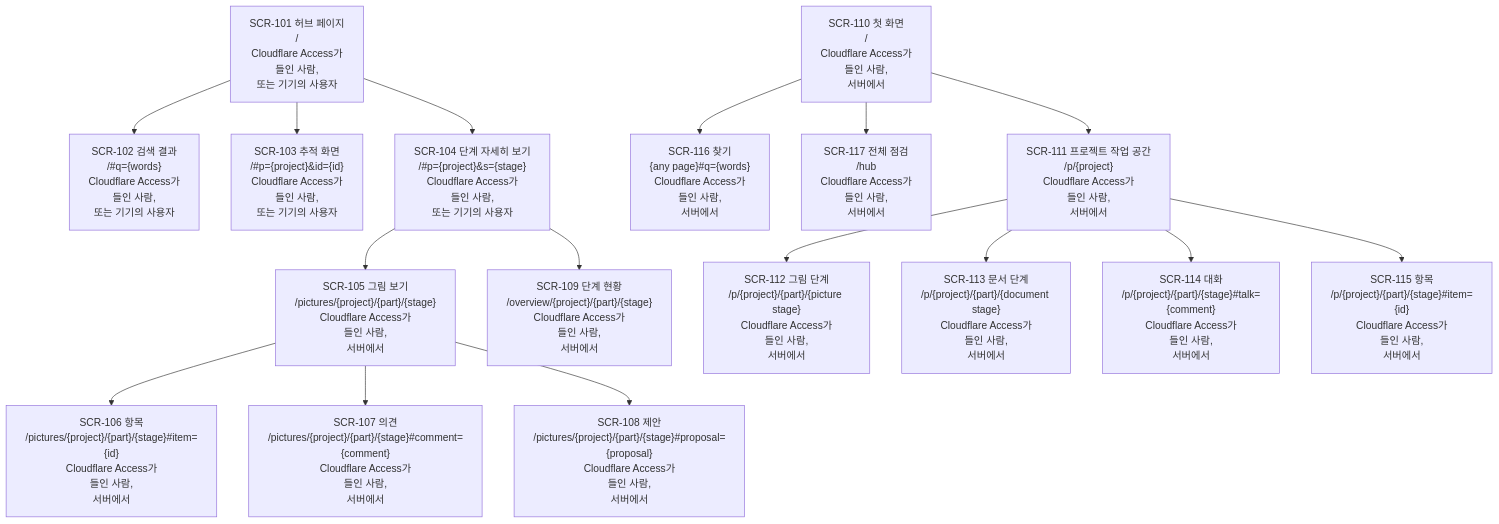
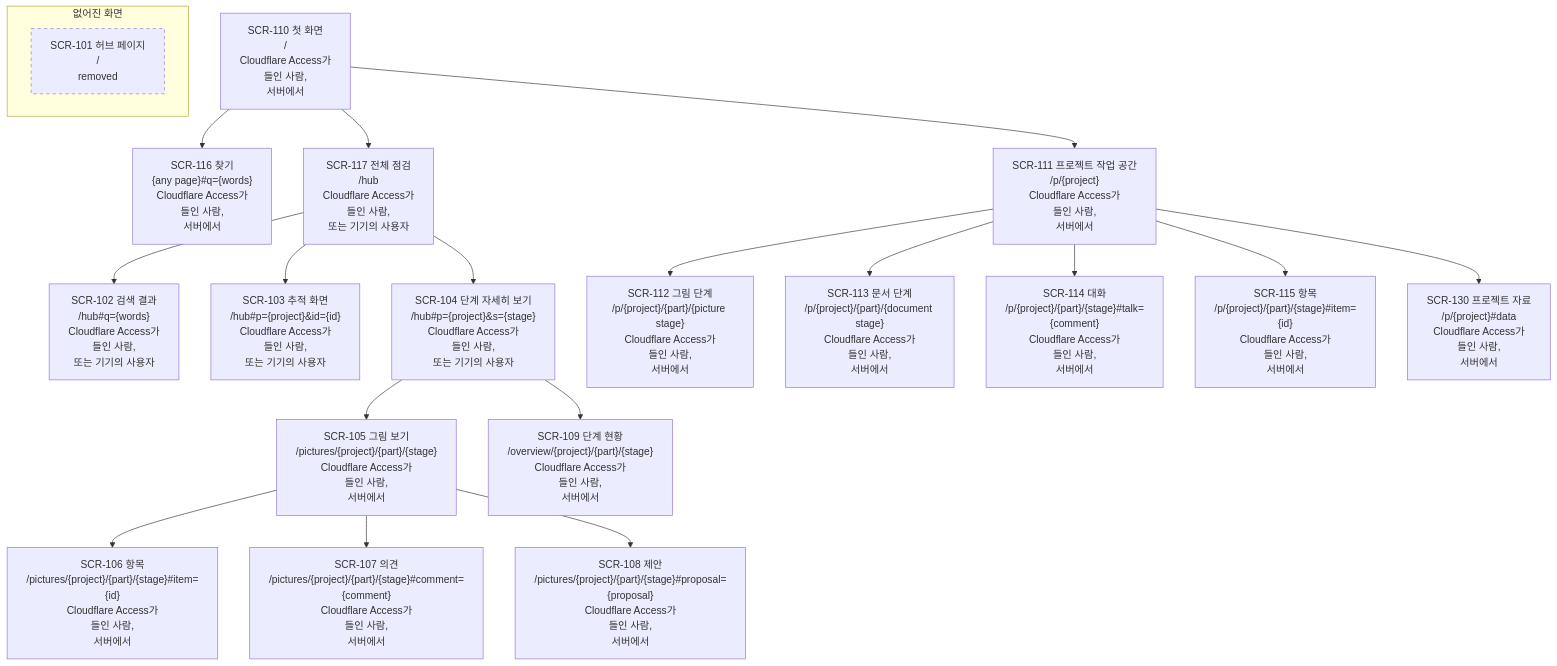
The diagram in docs/07-sitemap/nexus.ko.md (kodonghui/corthex-nexus), drawn with Mermaid before and after one commit. The commit also changed other lines of this file and 22 other files, not shown here.

````diff
--- a/docs/07-sitemap/nexus.ko.md
+++ b/docs/07-sitemap/nexus.ko.md
@@ -54,20 +57,24 @@
 ```mermaid
 flowchart TD
-  SCR101["SCR-101 허브 페이지<br/>/<br/>Cloudflare Access가<br/>들인 사람,<br/>또는 기기의 사용자"]
-  SCR101 --> SCR102["SCR-102 검색 결과<br/>/#q={words}<br/>Cloudflare Access가<br/>들인 사람,<br/>또는 기기의 사용자"]
-  SCR101 --> SCR103["SCR-103 추적 화면<br/>/#p={project}&id={id}<br/>Cloudflare Access가<br/>들인 사람,<br/>또는 기기의 사용자"]
-  SCR101 --> SCR104["SCR-104 단계 자세히 보기<br/>/#p={project}&s={stage}<br/>Cloudflare Access가<br/>들인 사람,<br/>또는 기기의 사용자"]
+  SCR110["SCR-110 첫 화면<br/>/<br/>Cloudflare Access가<br/>들인 사람,<br/>서버에서"]
+  SCR110 --> SCR116["SCR-116 찾기<br/>{any page}#q={words}<br/>Cloudflare Access가<br/>들인 사람,<br/>서버에서"]
+  SCR110 --> SCR117["SCR-117 전체 점검<br/>/hub<br/>Cloudflare Access가<br/>들인 사람,<br/>또는 기기의 사용자"]
+  SCR117 --> SCR102["SCR-102 검색 결과<br/>/hub#q={words}<br/>Cloudflare Access가<br/>들인 사람,<br/>또는 기기의 사용자"]
+  SCR117 --> SCR103["SCR-103 추적 화면<br/>/hub#p={project}&id={id}<br/>Cloudflare Access가<br/>들인 사람,<br/>또는 기기의 사용자"]
+  SCR117 --> SCR104["SCR-104 단계 자세히 보기<br/>/hub#p={project}&s={stage}<br/>Cloudflare Access가<br/>들인 사람,<br/>또는 기기의 사용자"]
   SCR104 --> SCR105["SCR-105 그림 보기<br/>/pictures/{project}/{part}/{stage}<br/>Cloudflare Access가<br/>들인 사람,<br/>서버에서"]
   SCR105 --> SCR106["SCR-106 항목<br/>/pictures/{project}/{part}/{stage}#item={id}<br/>Cloudflare Access가<br/>들인 사람,<br/>서버에서"]
   SCR105 --> SCR107["SCR-107 의견<br/>/pictures/{project}/{part}/{stage}#comment={comment}<br/>Cloudflare Access가<br/>들인 사람,<br/>서버에서"]
   SCR105 --> SCR108["SCR-108 제안<br/>/pictures/{project}/{part}/{stage}#proposal={proposal}<br/>Cloudflare Access가<br/>들인 사람,<br/>서버에서"]
   SCR104 --> SCR109["SCR-109 단계 현황<br/>/overview/{project}/{part}/{stage}<br/>Cloudflare Access가<br/>들인 사람,<br/>서버에서"]
-  SCR110["SCR-110 첫 화면<br/>/<br/>Cloudflare Access가<br/>들인 사람,<br/>서버에서"]
-  SCR110 --> SCR116["SCR-116 찾기<br/>{any page}#q={words}<br/>Cloudflare Access가<br/>들인 사람,<br/>서버에서"]
-  SCR110 --> SCR117["SCR-117 전체 점검<br/>/hub<br/>Cloudflare Access가<br/>들인 사람,<br/>서버에서"]
   SCR110 --> SCR111["SCR-111 프로젝트 작업 공간<br/>/p/{project}<br/>Cloudflare Access가<br/>들인 사람,<br/>서버에서"]
   SCR111 --> SCR112["SCR-112 그림 단계<br/>/p/{project}/{part}/{picture stage}<br/>Cloudflare Access가<br/>들인 사람,<br/>서버에서"]
   SCR111 --> SCR113["SCR-113 문서 단계<br/>/p/{project}/{part}/{document stage}<br/>Cloudflare Access가<br/>들인 사람,<br/>서버에서"]
   SCR111 --> SCR114["SCR-114 대화<br/>/p/{project}/{part}/{stage}#talk={comment}<br/>Cloudflare Access가<br/>들인 사람,<br/>서버에서"]
   SCR111 --> SCR115["SCR-115 항목<br/>/p/{project}/{part}/{stage}#item={id}<br/>Cloudflare Access가<br/>들인 사람,<br/>서버에서"]
+  SCR111 --> SCR130["SCR-130 프로젝트 자료<br/>/p/{project}#data<br/>Cloudflare Access가<br/>들인 사람,<br/>서버에서"]
+  subgraph gone["없어진 화면"]
+    SCR101["SCR-101 허브 페이지<br/>/<br/>removed"]:::removed
+  end
+  classDef removed stroke-dasharray: 5 5
 ```
````
